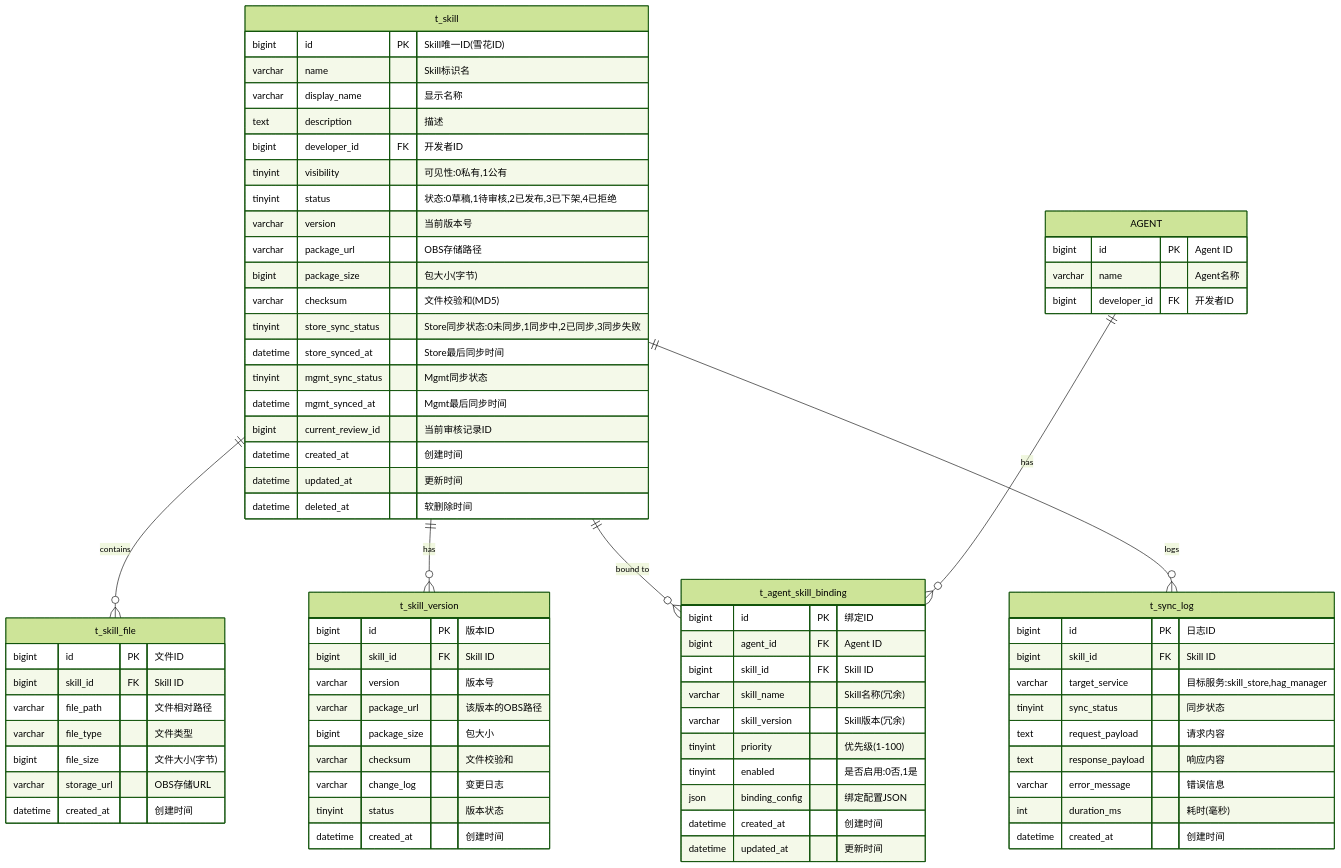
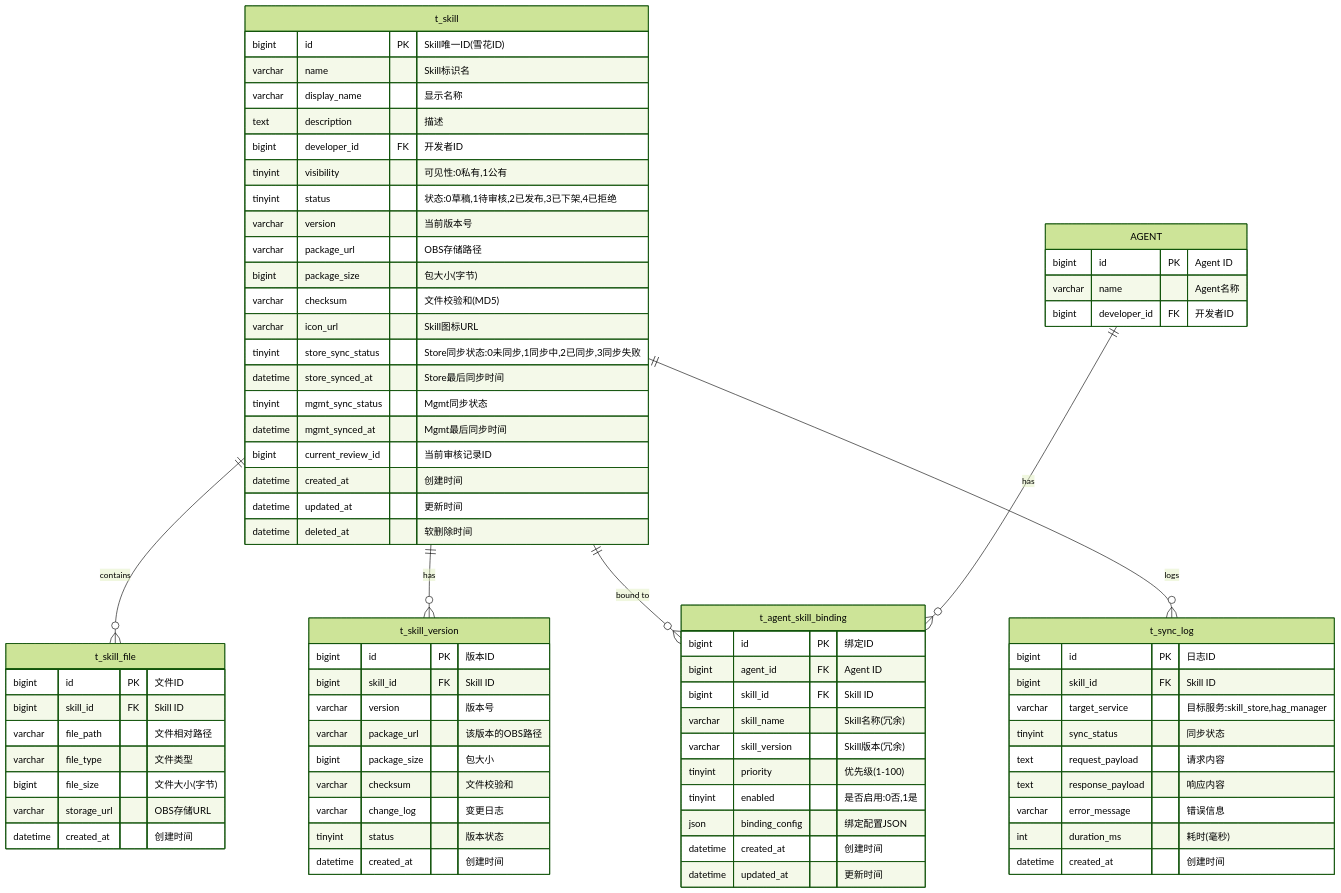
Diagram 18 of 33 in architecture-design.md (jinyule/xiaoyi-skill-mgmt), drawn with Mermaid (forest theme) before and after one commit. The commit also changed other lines of this file and 2 other files, not shown here.

```diff
--- a/architecture-design.md
+++ b/architecture-design.md
@@ -555,6 +555,7 @@
         varchar package_url "OBS存储路径"
         bigint package_size "包大小(字节)"
         varchar checksum "文件校验和(MD5)"
+        varchar icon_url "Skill图标URL"
         tinyint store_sync_status "Store同步状态:0未同步,1同步中,2已同步,3同步失败"
         datetime store_synced_at "Store最后同步时间"
         tinyint mgmt_sync_status "Mgmt同步状态"
```
